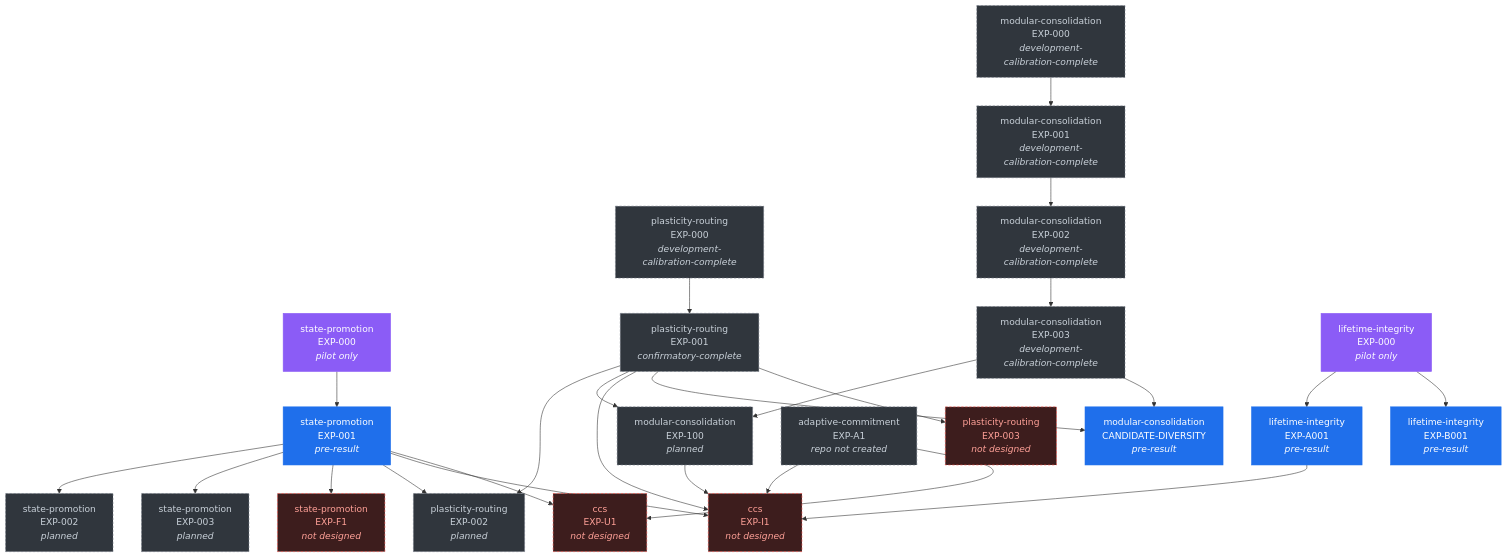
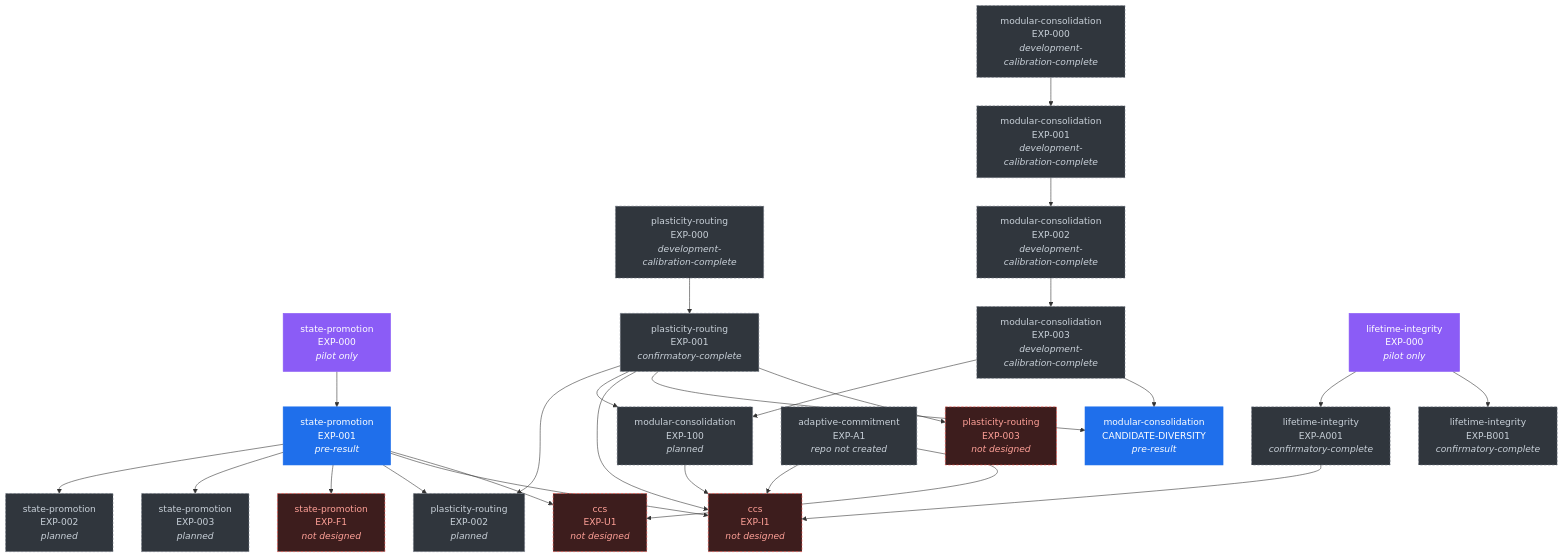
One commit to in-c0/consolidating-cognitive-substrate changed the diagram in docs/DEPENDENCY-DAG.md. Above: the diagram before and after it, drawn with Mermaid. The commit also changed other lines of this file and 7 other files, not shown here.

````diff
--- a/docs/DEPENDENCY-DAG.md
+++ b/docs/DEPENDENCY-DAG.md
@@ -14,75 +14,75 @@
 ```mermaid
 graph TD
   state_promotion_EXP_000["state-promotion<br/>EXP-000<br/><i>pilot only</i>"]
   class state_promotion_EXP_000 pilot;
   state_promotion_EXP_001["state-promotion<br/>EXP-001<br/><i>pre-result</i>"]
   class state_promotion_EXP_001 active;
   state_promotion_EXP_002["state-promotion<br/>EXP-002<br/><i>planned</i>"]
   class state_promotion_EXP_002 planned;
   state_promotion_EXP_003["state-promotion<br/>EXP-003<br/><i>planned</i>"]
   class state_promotion_EXP_003 planned;
   state_promotion_EXP_F1["state-promotion<br/>EXP-F1<br/><i>not designed</i>"]
   class state_promotion_EXP_F1 undesigned;
   plasticity_routing_EXP_000["plasticity-routing<br/>EXP-000<br/><i>development-calibration-complete</i>"]
   class plasticity_routing_EXP_000 planned;
   plasticity_routing_EXP_001["plasticity-routing<br/>EXP-001<br/><i>confirmatory-complete</i>"]
   class plasticity_routing_EXP_001 planned;
   plasticity_routing_EXP_002["plasticity-routing<br/>EXP-002<br/><i>planned</i>"]
   class plasticity_routing_EXP_002 planned;
   modular_consolidation_EXP_000["modular-consolidation<br/>EXP-000<br/><i>development-calibration-complete</i>"]
   class modular_consolidation_EXP_000 planned;
   modular_consolidation_EXP_001["modular-consolidation<br/>EXP-001<br/><i>development-calibration-complete</i>"]
   class modular_consolidation_EXP_001 planned;
   modular_consolidation_EXP_002["modular-consolidation<br/>EXP-002<br/><i>development-calibration-complete</i>"]
   class modular_consolidation_EXP_002 planned;
   modular_consolidation_EXP_003["modular-consolidation<br/>EXP-003<br/><i>development-calibration-complete</i>"]
   class modular_consolidation_EXP_003 planned;
   modular_consolidation_EXP_100["modular-consolidation<br/>EXP-100<br/><i>planned</i>"]
   class modular_consolidation_EXP_100 planned;
   lifetime_integrity_EXP_000["lifetime-integrity<br/>EXP-000<br/><i>pilot only</i>"]
   class lifetime_integrity_EXP_000 pilot;
-  lifetime_integrity_EXP_A001["lifetime-integrity<br/>EXP-A001<br/><i>pre-result</i>"]
-  class lifetime_integrity_EXP_A001 active;
-  lifetime_integrity_EXP_B001["lifetime-integrity<br/>EXP-B001<br/><i>pre-result</i>"]
-  class lifetime_integrity_EXP_B001 active;
+  lifetime_integrity_EXP_A001["lifetime-integrity<br/>EXP-A001<br/><i>confirmatory-complete</i>"]
+  class lifetime_integrity_EXP_A001 planned;
+  lifetime_integrity_EXP_B001["lifetime-integrity<br/>EXP-B001<br/><i>confirmatory-complete</i>"]
+  class lifetime_integrity_EXP_B001 planned;
   ccs_EXP_I1["ccs<br/>EXP-I1<br/><i>not designed</i>"]
   class ccs_EXP_I1 undesigned;
   adaptive_commitment_EXP_A1["adaptive-commitment<br/>EXP-A1<br/><i>repo not created</i>"]
   class adaptive_commitment_EXP_A1 planned;
   ccs_EXP_U1["ccs<br/>EXP-U1<br/><i>not designed</i>"]
   class ccs_EXP_U1 undesigned;
   modular_consolidation_CANDIDATE_DIVERSITY["modular-consolidation<br/>CANDIDATE-DIVERSITY<br/><i>pre-result</i>"]
   class modular_consolidation_CANDIDATE_DIVERSITY active;
   plasticity_routing_EXP_003["plasticity-routing<br/>EXP-003<br/><i>not designed</i>"]
   class plasticity_routing_EXP_003 undesigned;
 
   state_promotion_EXP_000 --> state_promotion_EXP_001
   state_promotion_EXP_001 --> state_promotion_EXP_002
   state_promotion_EXP_001 --> state_promotion_EXP_003
   state_promotion_EXP_001 --> state_promotion_EXP_F1
   plasticity_routing_EXP_000 --> plasticity_routing_EXP_001
   plasticity_routing_EXP_001 --> plasticity_routing_EXP_002
   state_promotion_EXP_001 --> plasticity_routing_EXP_002
   modular_consolidation_EXP_000 --> modular_consolidation_EXP_001
   modular_consolidation_EXP_001 --> modular_consolidation_EXP_002
   modular_consolidation_EXP_002 --> modular_consolidation_EXP_003
   modular_consolidation_EXP_003 --> modular_consolidation_EXP_100
   plasticity_routing_EXP_001 --> modular_consolidation_EXP_100
   lifetime_integrity_EXP_000 --> lifetime_integrity_EXP_A001
   lifetime_integrity_EXP_000 --> lifetime_integrity_EXP_B001
   state_promotion_EXP_001 --> ccs_EXP_I1
   plasticity_routing_EXP_001 --> ccs_EXP_I1
   adaptive_commitment_EXP_A1 --> ccs_EXP_I1
   modular_consolidation_EXP_100 --> ccs_EXP_I1
   lifetime_integrity_EXP_A001 --> ccs_EXP_I1
   state_promotion_EXP_001 --> ccs_EXP_U1
   adaptive_commitment_EXP_A1 --> ccs_EXP_U1
   modular_consolidation_EXP_003 --> modular_consolidation_CANDIDATE_DIVERSITY
   plasticity_routing_EXP_001 --> modular_consolidation_CANDIDATE_DIVERSITY
   plasticity_routing_EXP_001 --> plasticity_routing_EXP_003
 
   classDef active fill:#1f6feb,stroke:#1f6feb,color:#fff;
   classDef pilot fill:#8b5cf6,stroke:#8b5cf6,color:#fff;
   classDef planned fill:#30363d,stroke:#6e7681,color:#c9d1d9,stroke-dasharray:4 3;
   classDef undesigned fill:#3d1d1d,stroke:#f85149,color:#ffa198,stroke-dasharray:4 3;
 ```
````
